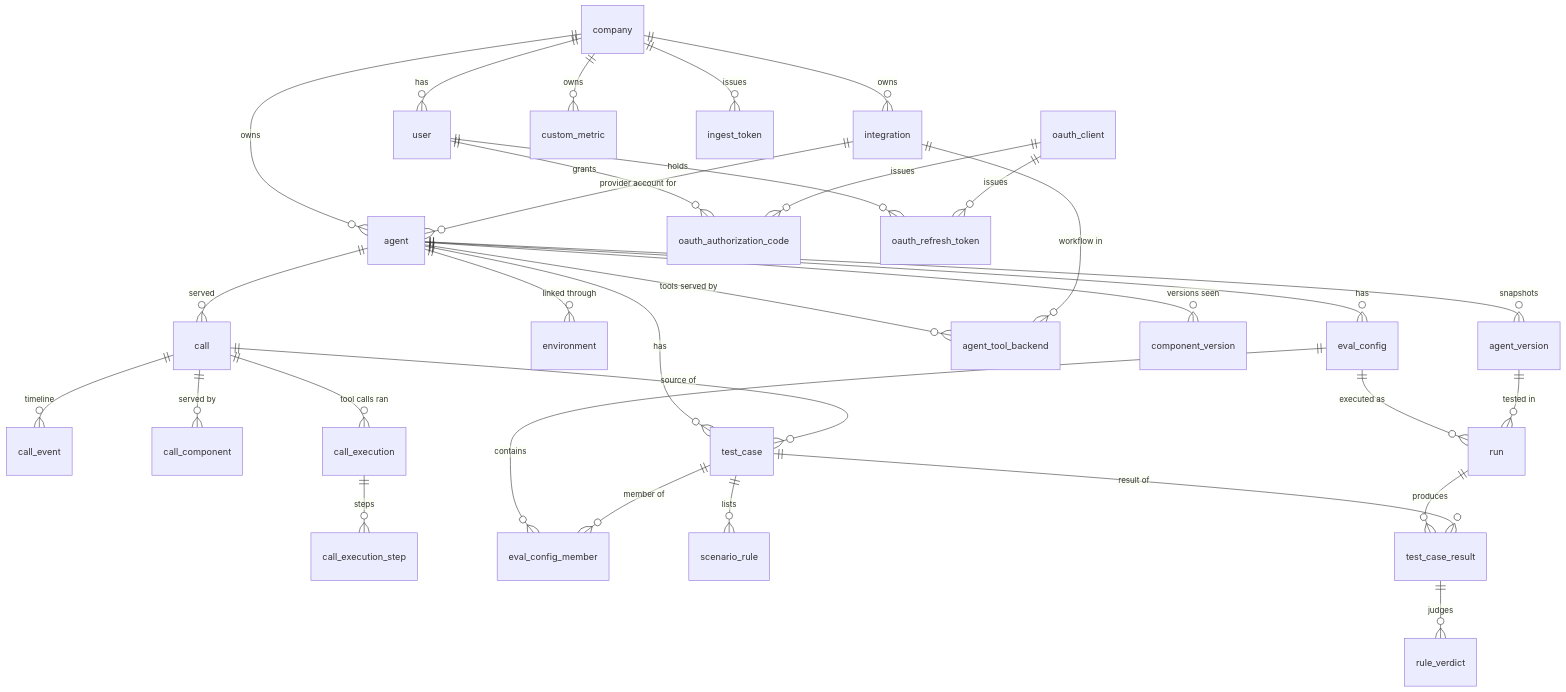
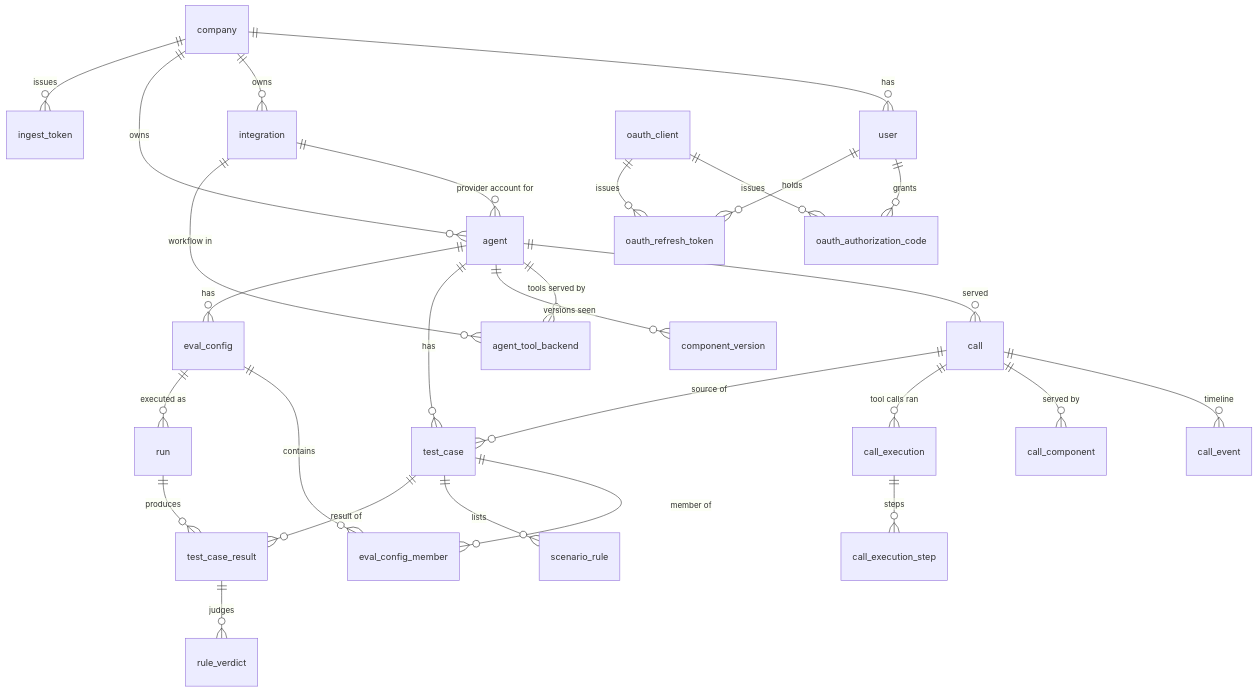
One commit to Connexity-AI/connexity changed the diagram in docs-internal/data-model.md. Above: the diagram before and after it, drawn with Mermaid. The commit also changed other lines of this file and 224 other files, not shown here.

````diff
--- a/docs-internal/data-model.md
+++ b/docs-internal/data-model.md
@@ -12,34 +12,30 @@
 ```mermaid
 erDiagram
     company ||--o{ user : has
     company ||--o{ integration : owns
     company ||--o{ agent : owns
-    company ||--o{ custom_metric : owns
     company ||--o{ ingest_token : issues
     integration ||--o{ agent : "provider account for"
-    agent ||--o{ agent_version : "snapshots"
-    agent ||--o{ environment : "linked through"
     agent ||--o{ call : "served"
     call ||--o{ call_event : "timeline"
     call ||--o{ call_component : "served by"
     call ||--o{ call_execution : "tool calls ran"
     call_execution ||--o{ call_execution_step : "steps"
     agent ||--o{ agent_tool_backend : "tools served by"
     agent ||--o{ component_version : "versions seen"
     integration ||--o{ agent_tool_backend : "workflow in"
     agent ||--o{ test_case : has
     agent ||--o{ eval_config : has
     call ||--o{ test_case : "source of"
     eval_config ||--o{ eval_config_member : contains
     test_case ||--o{ eval_config_member : "member of"
     test_case ||--o{ scenario_rule : lists
     eval_config ||--o{ run : "executed as"
-    agent_version ||--o{ run : "tested in"
     run ||--o{ test_case_result : produces
     test_case_result ||--o{ rule_verdict : judges
     test_case ||--o{ test_case_result : "result of"
     user ||--o{ oauth_authorization_code : grants
     user ||--o{ oauth_refresh_token : holds
     oauth_client ||--o{ oauth_authorization_code : issues
     oauth_client ||--o{ oauth_refresh_token : issues
 ```
````
